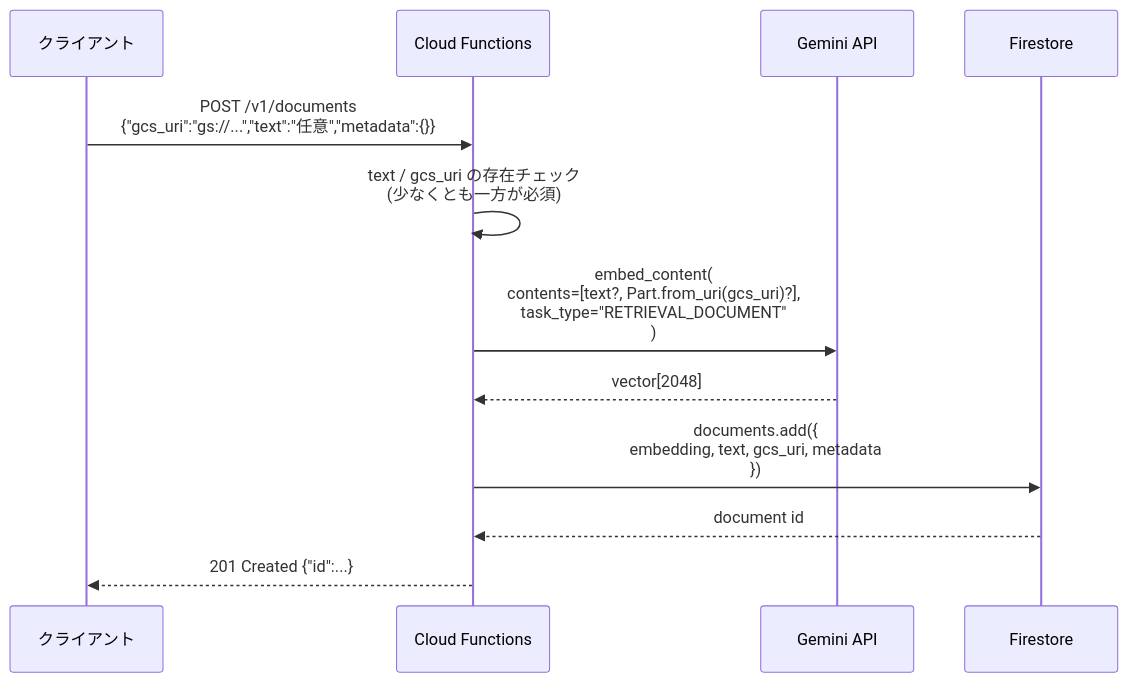
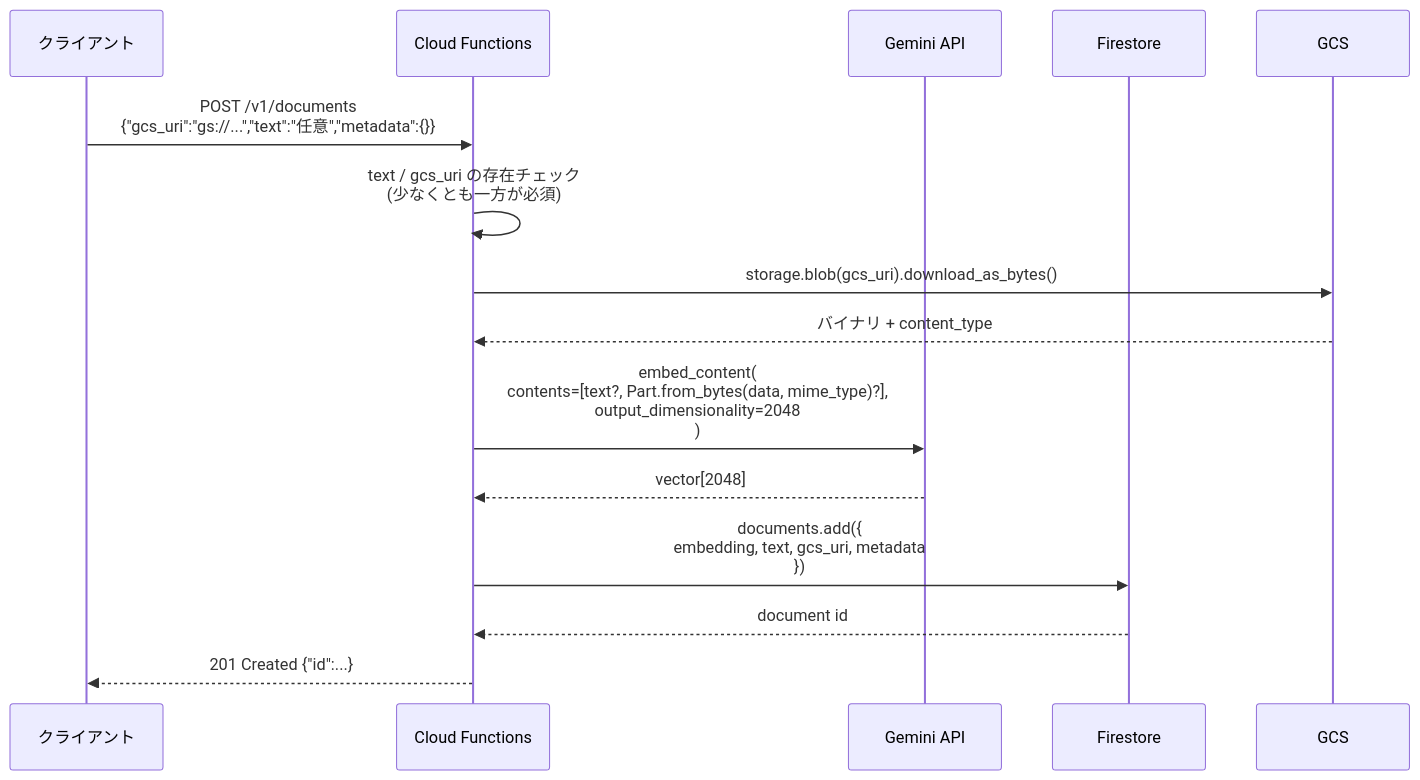
One commit to Riri-Inferno/gcp-serverless-vector-search changed the third of 5 diagrams in docs/multimodal-design.md. Above: the diagram before and after it, drawn with Mermaid. The commit also changed other lines of this file and 11 other files, not shown here.

````diff
--- a/docs/multimodal-design.md
+++ b/docs/multimodal-design.md
@@ -89,15 +89,17 @@
 ```mermaid
 sequenceDiagram
     participant C as クライアント
     participant Fn as Cloud Functions
     participant Gemini as Gemini API
     participant FS as Firestore
 
     C->>Fn: POST /v1/documents<br/>{"gcs_uri":"gs://...","text":"任意","metadata":{}}
     Fn->>Fn: text / gcs_uri の存在チェック<br/>(少なくとも一方が必須)
-    Fn->>Gemini: embed_content(<br/>  contents=[text?, Part.from_uri(gcs_uri)?],<br/>  task_type="RETRIEVAL_DOCUMENT"<br/>)
+    Fn->>GCS: storage.blob(gcs_uri).download_as_bytes()
+    GCS-->>Fn: バイナリ + content_type
+    Fn->>Gemini: embed_content(<br/>  contents=[text?, Part.from_bytes(data, mime_type)?],<br/>  output_dimensionality=2048<br/>)
     Gemini-->>Fn: vector[2048]
     Fn->>FS: documents.add({<br/>  embedding, text, gcs_uri, metadata<br/>})
     FS-->>Fn: document id
     Fn-->>C: 201 Created {"id":...}
 ```
````
